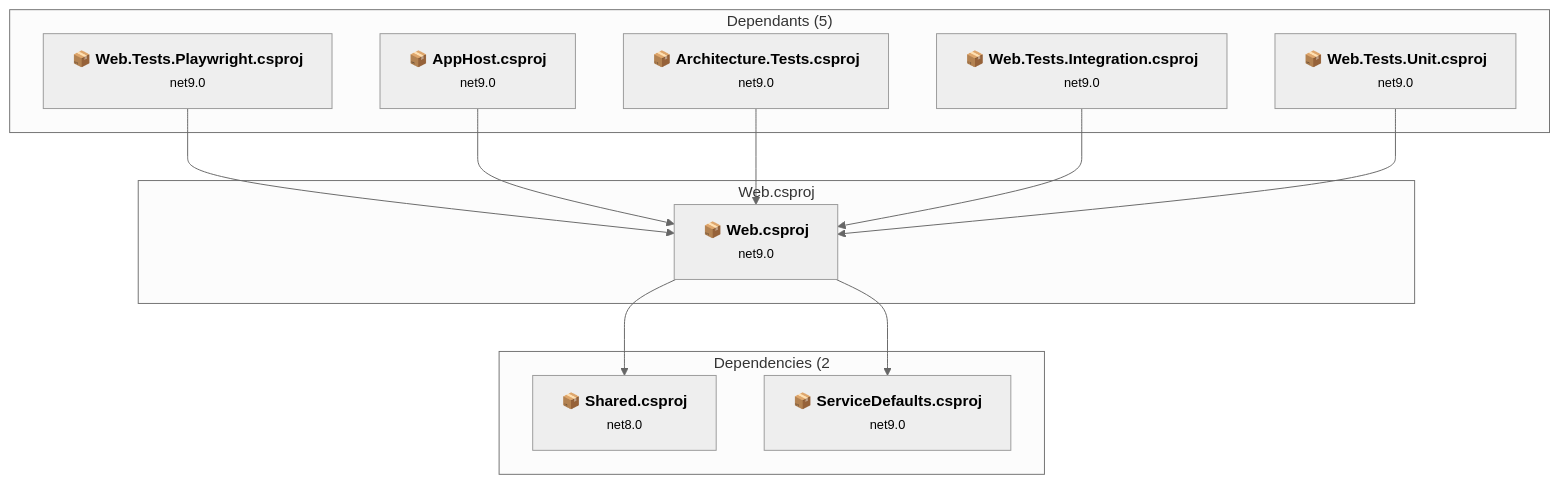
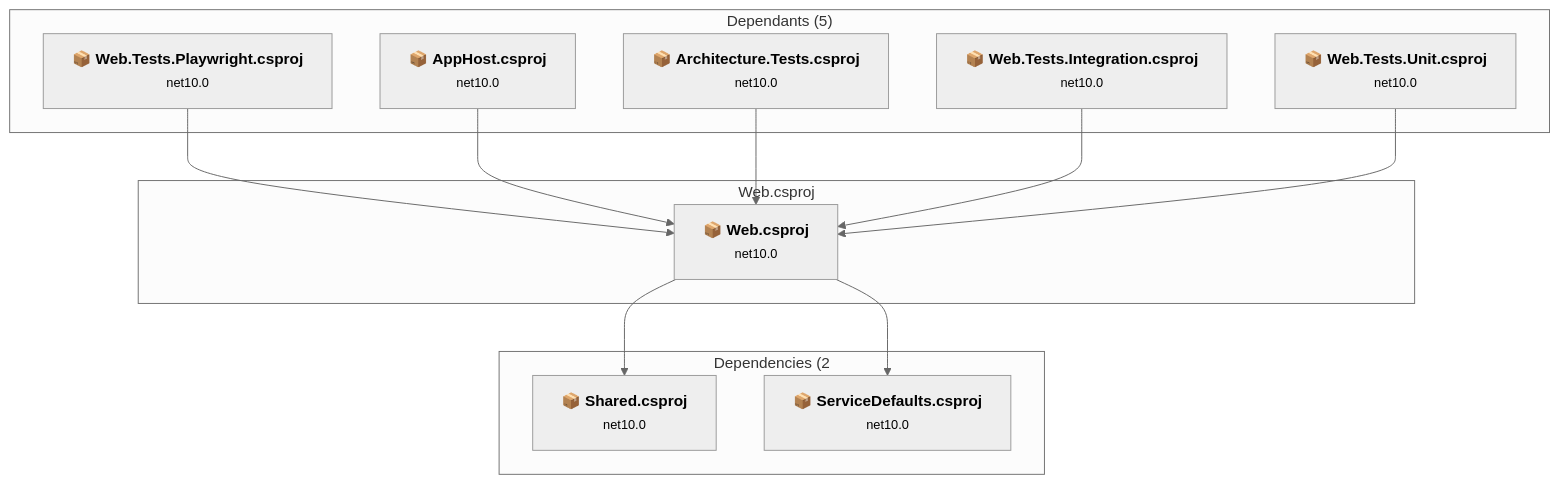
One commit to mpaulosky/ArticlesSite changed the sixth of 10 diagrams in .github/upgrades/assessment.md. Above: the diagram before and after it, drawn with Mermaid (neutral theme). The commit also changed other lines of this file and 11 other files, not shown here.

````diff
--- a/.github/upgrades/assessment.md
+++ b/.github/upgrades/assessment.md
@@ -310,33 +305,33 @@
 ```mermaid
 flowchart TB
     subgraph upstream["Dependants (5)"]
-        P1["<b>📦&nbsp;Web.Tests.Playwright.csproj</b><br/><small>net9.0</small>"]
-        P2["<b>📦&nbsp;AppHost.csproj</b><br/><small>net9.0</small>"]
-        P6["<b>📦&nbsp;Architecture.Tests.csproj</b><br/><small>net9.0</small>"]
-        P8["<b>📦&nbsp;Web.Tests.Integration.csproj</b><br/><small>net9.0</small>"]
-        P9["<b>📦&nbsp;Web.Tests.Unit.csproj</b><br/><small>net9.0</small>"]
+        P1["<b>📦&nbsp;Web.Tests.Playwright.csproj</b><br/><small>net10.0</small>"]
+        P2["<b>📦&nbsp;AppHost.csproj</b><br/><small>net10.0</small>"]
+        P6["<b>📦&nbsp;Architecture.Tests.csproj</b><br/><small>net10.0</small>"]
+        P8["<b>📦&nbsp;Web.Tests.Integration.csproj</b><br/><small>net10.0</small>"]
+        P9["<b>📦&nbsp;Web.Tests.Unit.csproj</b><br/><small>net10.0</small>"]
         click P1 "#e2ewebtestsplaywrightwebtestsplaywrightcsproj"
         click P2 "#srcapphostapphostcsproj"
         click P6 "#testsarchitecturetestsarchitecturetestscsproj"
         click P8 "#testswebtestsintegrationwebtestsintegrationcsproj"
         click P9 "#testswebtestsunitwebtestsunitcsproj"
     end
     subgraph current["Web.csproj"]
-        MAIN["<b>📦&nbsp;Web.csproj</b><br/><small>net9.0</small>"]
+        MAIN["<b>📦&nbsp;Web.csproj</b><br/><small>net10.0</small>"]
         click MAIN "#srcwebwebcsproj"
     end
     subgraph downstream["Dependencies (2"]
-        P4["<b>📦&nbsp;Shared.csproj</b><br/><small>net8.0</small>"]
-        P3["<b>📦&nbsp;ServiceDefaults.csproj</b><br/><small>net9.0</small>"]
+        P4["<b>📦&nbsp;Shared.csproj</b><br/><small>net10.0</small>"]
+        P3["<b>📦&nbsp;ServiceDefaults.csproj</b><br/><small>net10.0</small>"]
         click P4 "#srcsharedsharedcsproj"
         click P3 "#srcservicedefaultsservicedefaultscsproj"
     end
     P1 --> MAIN
     P2 --> MAIN
     P6 --> MAIN
     P8 --> MAIN
     P9 --> MAIN
     MAIN --> P4
     MAIN --> P3
 
 ```
````
